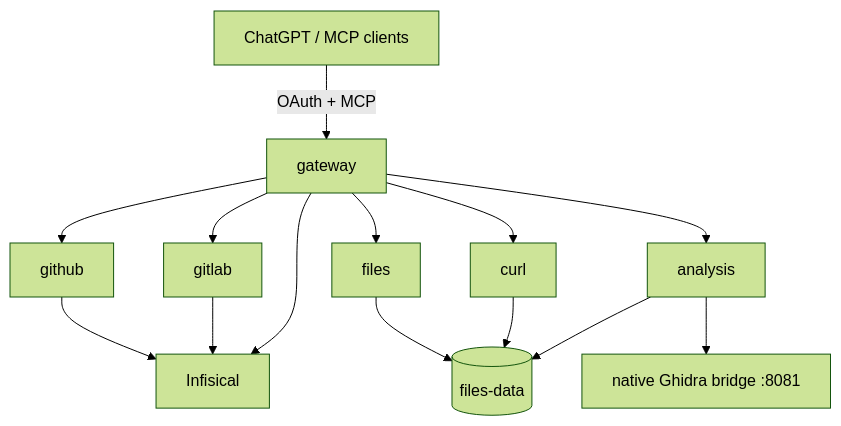
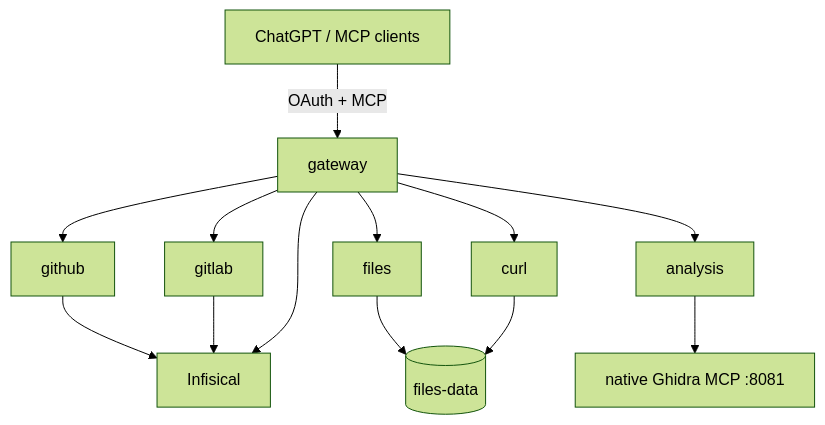
Before and after one commit to ArthurKoba/koba-mcp-bridge: the diagram in docs/architecture/overview.md, drawn with Mermaid (forest theme). The commit also changed other lines of this file and 5 other files, not shown here.

Commit message:
docs: align modular architecture and analysis facade

````diff
--- a/docs/architecture/overview.md
+++ b/docs/architecture/overview.md
@@ -5,19 +5,18 @@
 ```mermaid
 flowchart TB
     Client[ChatGPT / MCP clients] -->|OAuth + MCP| GW[gateway]
 
     GW --> GH[github]
     GW --> GL[gitlab]
     GW --> FI[files]
     GW --> CU[curl]
     GW --> AN[analysis]
 
     GH --> SEC[Infisical]
     GL --> SEC
     GW --> SEC
 
     FI --> STORE[(files-data)]
     CU --> STORE
-    AN --> STORE
-    AN --> GD[native Ghidra bridge :8081]
+    AN --> GD[native Ghidra MCP :8081]
 ```
````
